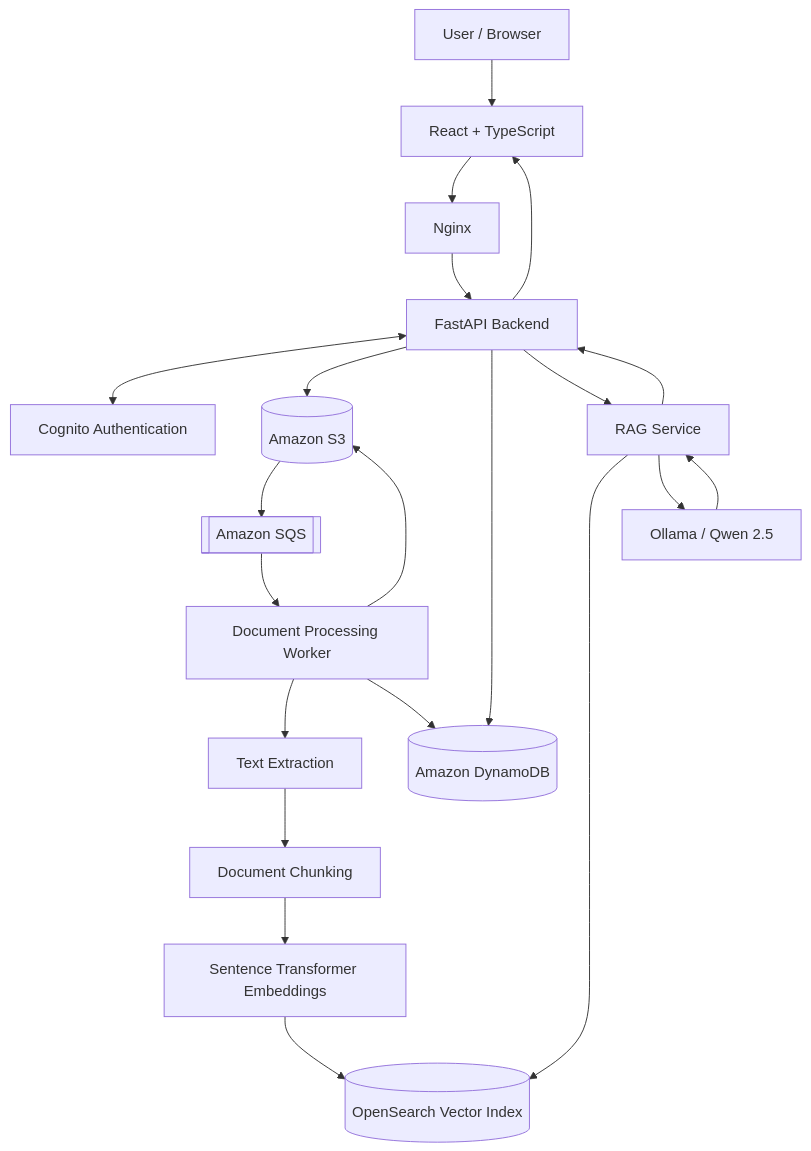
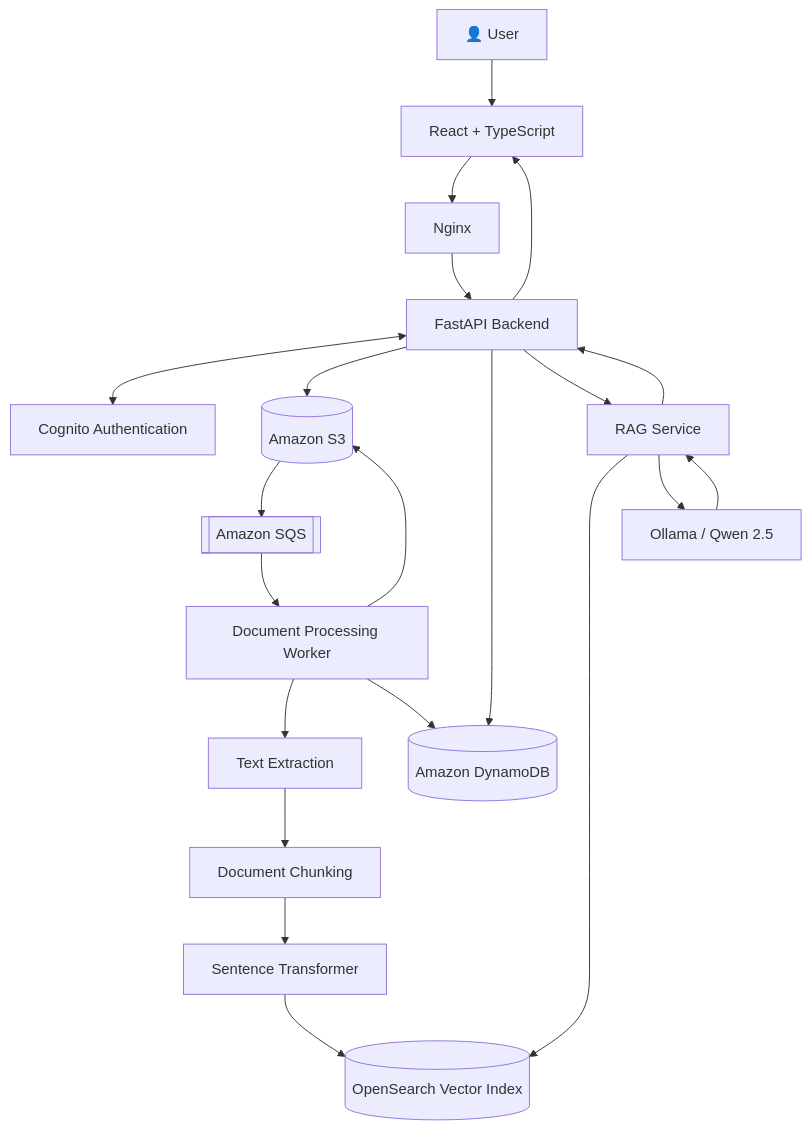
Before and after one commit to AyaanShaheer/documind-ai: the first of 3 diagrams in README.md, drawn with Mermaid. The commit also changed other lines of this file, not shown here.

````diff
--- a/README.md
+++ b/README.md
@@ -49,39 +80,48 @@
 ```mermaid
 flowchart TB
-    User["User / Browser"]
-    UI["React + TypeScript"]
-    Nginx["Nginx"]
+    U["👤 User"]
+    FE["React + TypeScript"]
+    NG["Nginx"]
     API["FastAPI Backend"]
-    Auth["Cognito Authentication"]
+    AUTH["Cognito Authentication"]
+
     S3[("Amazon S3")]
     SQS[["Amazon SQS"]]
     DDB[("Amazon DynamoDB")]
-    Worker["Document Processing Worker"]
-    Extract["Text Extraction"]
-    Chunk["Document Chunking"]
-    Embed["Sentence Transformer Embeddings"]
+
+    WORKER["Document Processing Worker"]
+    EXTRACT["Text Extraction"]
+    CHUNK["Document Chunking"]
+    EMBED["Sentence Transformer"]
+
     OS[("OpenSearch Vector Index")]
+
     RAG["RAG Service"]
     LLM["Ollama / Qwen 2.5"]
 
-    User --> UI
-    UI --> Nginx
-    Nginx --> API
-    API <--> Auth
+    U --> FE
+    FE --> NG
+    NG --> API
+
+    API <--> AUTH
     API --> S3
     API --> DDB
+
     S3 --> SQS
-    SQS --> Worker
-    Worker --> S3
-    Worker --> Extract
-    Extract --> Chunk
-    Chunk --> Embed
-    Embed --> OS
-    Worker --> DDB
+    SQS --> WORKER
+
+    WORKER --> S3
+    WORKER --> EXTRACT
+    EXTRACT --> CHUNK
+    CHUNK --> EMBED
+    EMBED --> OS
+
+    WORKER --> DDB
+
     API --> RAG
     RAG --> OS
     RAG --> LLM
     LLM --> RAG
     RAG --> API
-    API --> UI
+    API --> FE
 ```
````
